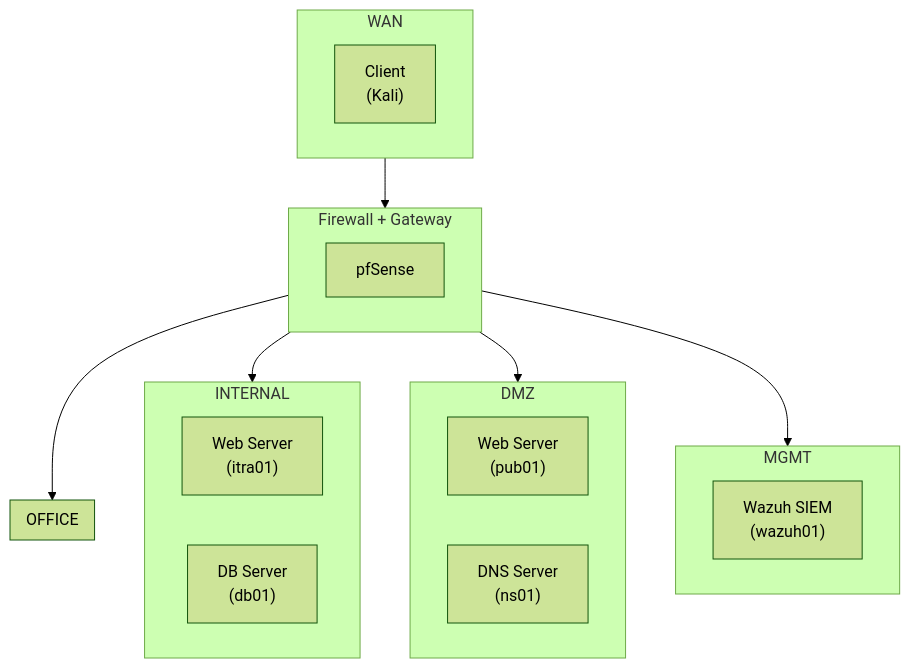
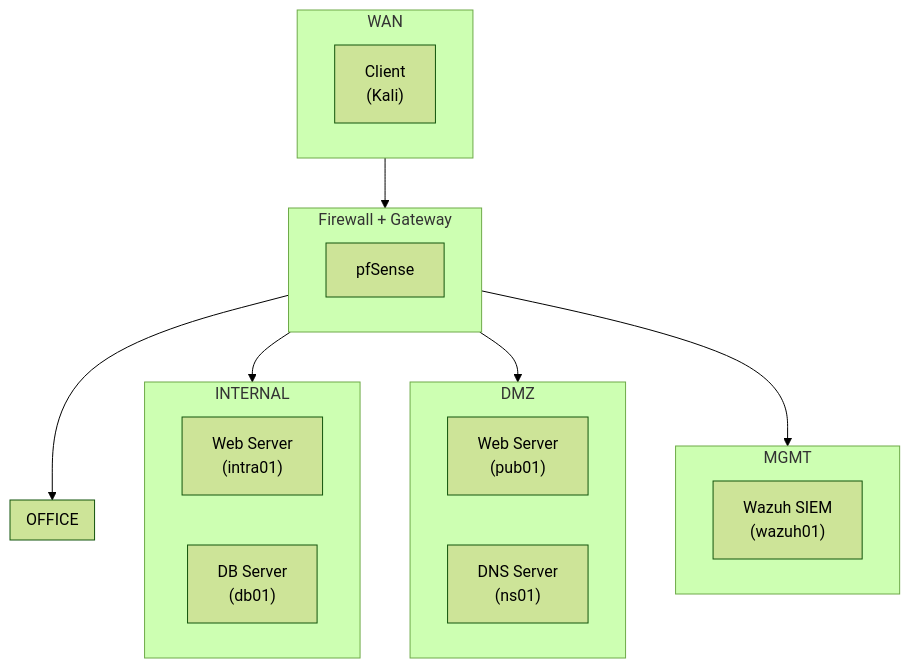
Before and after one commit to sedong531/infra-lab: the first of 2 diagrams in README.md, drawn with Mermaid (forest theme). The commit also changed other lines of this file and 24 other files, not shown here.

````diff
--- a/README.md
+++ b/README.md
@@ -26,36 +26,38 @@
 ```mermaid
 flowchart TD
 
 subgraph WAN
    Client["Client\n(Kali)"]
 end
 
 
 subgraph pfsense[Firewall + Gateway]
     pfSense
 end
 
 subgraph OFFICE
 end
 
 subgraph INTERNAL
-   intra01["Web Server\n(itra01)"]
+   intra01["Web Server\n(intra01)"]
    db01["DB Server\n(db01)"]
 end
 
 subgraph DMZ
    pub01["Web Server\n(pub01)"]
    ns01["DNS Server\n(ns01)"]
 end
 
 subgraph MGMT
    wazuh01["Wazuh SIEM\n(wazuh01)"]
 end
 
 WAN --> pfsense
 pfsense --> OFFICE
 pfsense --> INTERNAL
 pfsense --> DMZ
 pfsense --> MGMT
 
+
+
 ```
````
